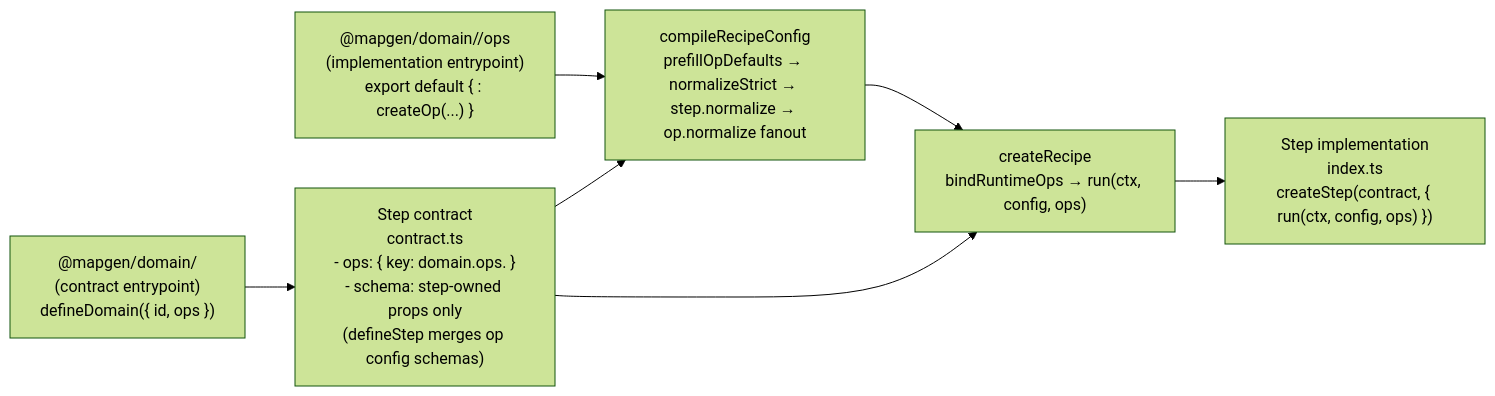
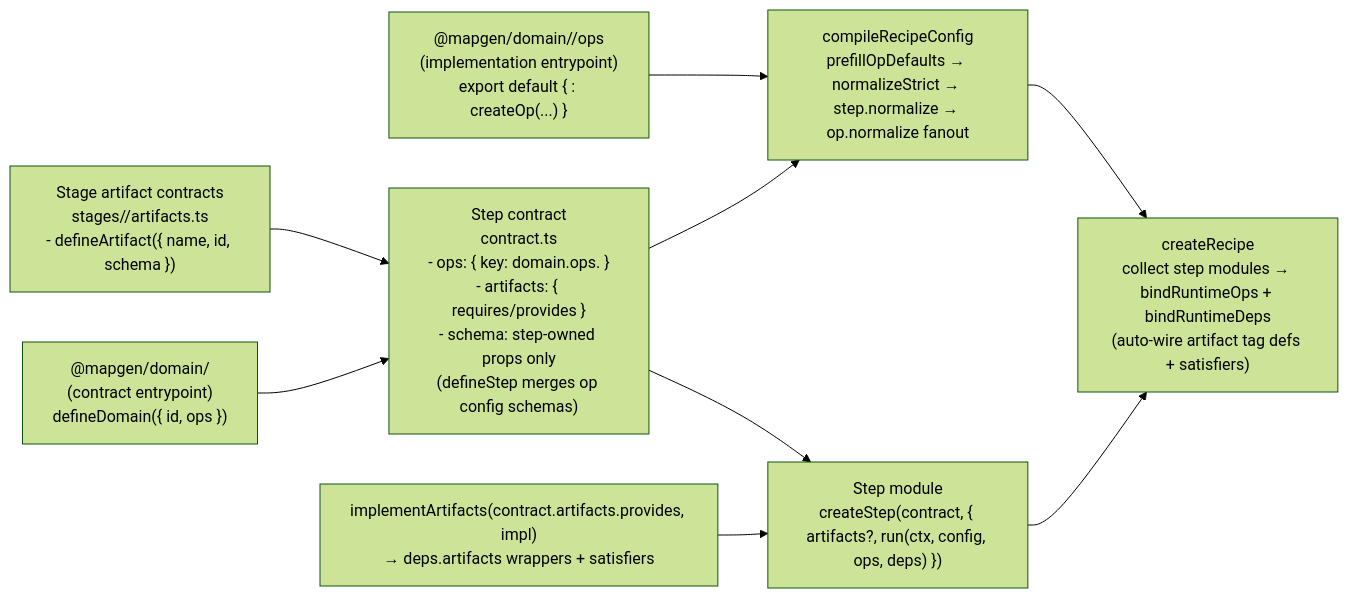
Before and after one commit to mateicanavra/civ7-modding-tools-fork: the diagram in docs/projects/engine-refactor-v1/resources/workflow/domain-refactor/WORKFLOW.md, drawn with Mermaid (forest theme). The commit also changed other lines of this file, not shown here.

First line of the commit message:
docs(workflow): update domain refactor with stage-owned artifacts and dependency access patterns (#539)

````diff
--- a/docs/projects/engine-refactor-v1/resources/workflow/domain-refactor/WORKFLOW.md
+++ b/docs/projects/engine-refactor-v1/resources/workflow/domain-refactor/WORKFLOW.md
@@ -319,16 +396,20 @@
 ```mermaid
 flowchart LR
   DomainContract["@mapgen/domain/<domain>\n(contract entrypoint)\ndefineDomain({ id, ops })"]
-  StepContract["Step contract\ncontract.ts\n- ops: { key: domain.ops.<opContract> }\n- schema: step-owned props only\n(defineStep merges op config schemas)"]
+  StageArtifacts["Stage artifact contracts\nstages/<stage>/artifacts.ts\n- defineArtifact({ name, id, schema })"]
+  StepContract["Step contract\ncontract.ts\n- ops: { key: domain.ops.<opContract> }\n- artifacts: { requires/provides }\n- schema: step-owned props only\n(defineStep merges op config schemas)"]
   DomainImpl["@mapgen/domain/<domain>/ops\n(implementation entrypoint)\nexport default { <opKey>: createOp(...) }"]
   Compiler["compileRecipeConfig\nprefillOpDefaults → normalizeStrict → step.normalize → op.normalize fanout"]
-  Recipe["createRecipe\nbindRuntimeOps → run(ctx, config, ops)"]
-  StepRun["Step implementation\nindex.ts\ncreateStep(contract, { run(ctx, config, ops) })"]
+  StepModule["Step module\ncreateStep(contract, { artifacts?, run(ctx, config, ops, deps) })"]
+  ArtifactRuntime["implementArtifacts(contract.artifacts.provides, impl)\n→ deps.artifacts wrappers + satisfiers"]
+  Recipe["createRecipe\ncollect step modules → bindRuntimeOps + bindRuntimeDeps\n(auto-wire artifact tag defs + satisfiers)"]
 
+  StageArtifacts --> StepContract
   DomainContract --> StepContract
   DomainImpl --> Compiler
+  StepContract --> StepModule
   StepContract --> Compiler
   Compiler --> Recipe
-  StepContract --> Recipe
-  Recipe --> StepRun
+  ArtifactRuntime --> StepModule
+  StepModule --> Recipe
 ```
````
